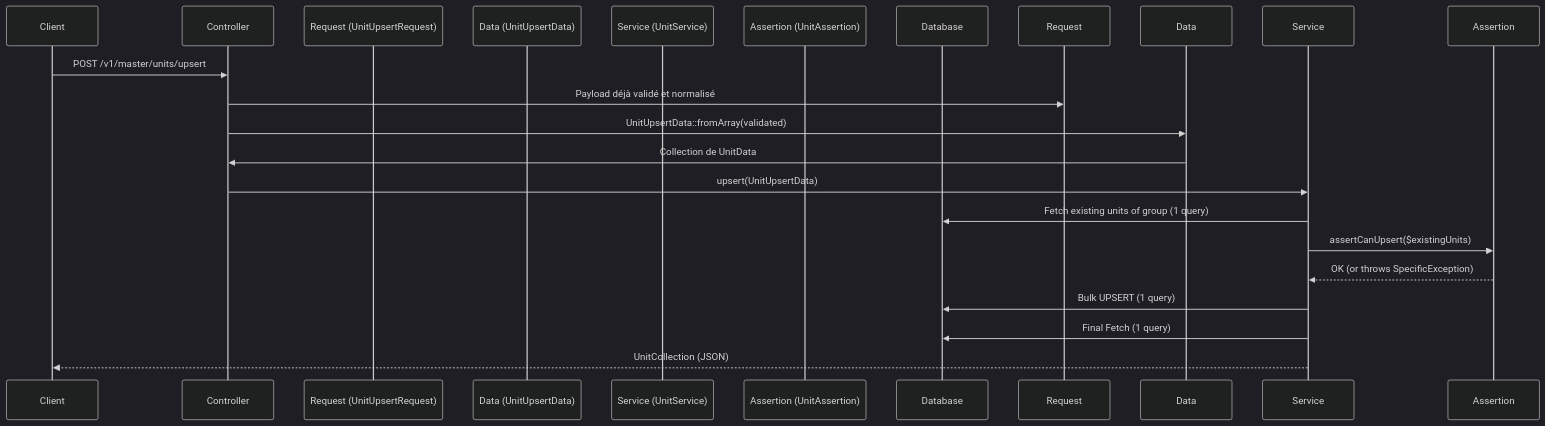
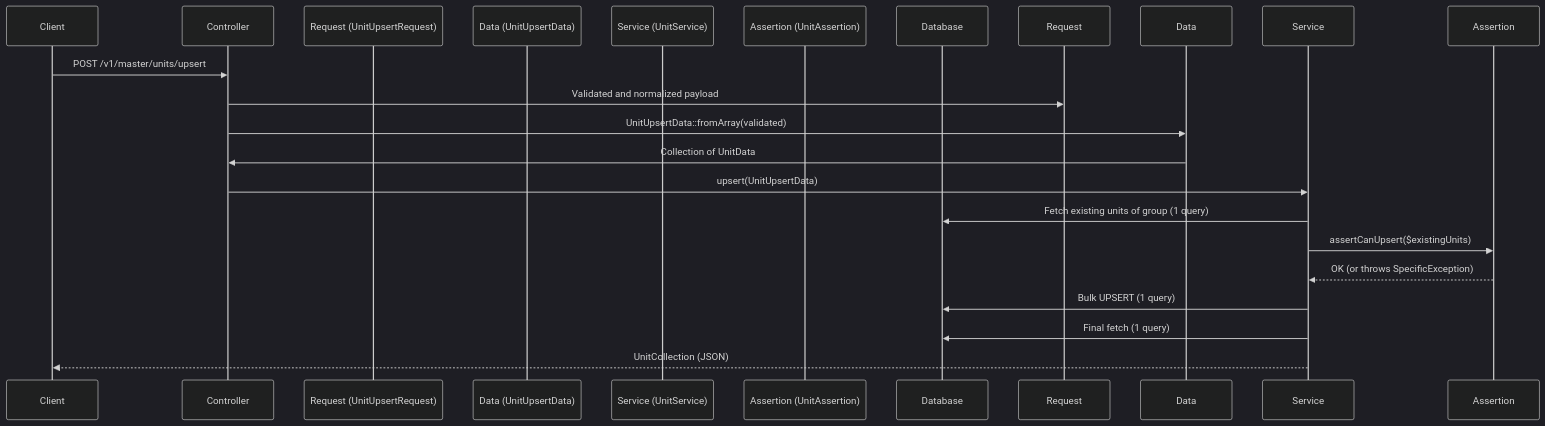
The diagram in docs/features/catalog-units.md (Tresor091005/my-api-boilerplate), drawn with Mermaid (dark theme) before and after one commit. The commit also changed other lines of this file and 75 other files, not shown here.

````diff
--- a/docs/features/catalog-units.md
+++ b/docs/features/catalog-units.md
@@ -9,22 +13,22 @@
 ```mermaid
 sequenceDiagram
     participant Client
     participant Controller
     participant Request (UnitUpsertRequest)
     participant Data (UnitUpsertData)
     participant Service (UnitService)
     participant Assertion (UnitAssertion)
     participant Database
 
     Client->>Controller: POST /v1/master/units/upsert
-    Controller->>Request: Payload déjà validé et normalisé
+    Controller->>Request: Validated and normalized payload
     Controller->>Data: UnitUpsertData::fromArray(validated)
-    Data->>Controller: Collection de UnitData
+    Data->>Controller: Collection of UnitData
     Controller->>Service: upsert(UnitUpsertData)
     Service->>Database: Fetch existing units of group (1 query)
     Service->>Assertion: assertCanUpsert($existingUnits)
     Assertion-->>Service: OK (or throws SpecificException)
     Service->>Database: Bulk UPSERT (1 query)
-    Service->>Database: Final Fetch (1 query)
+    Service->>Database: Final fetch (1 query)
     Service-->>Client: UnitCollection (JSON)
 ```
````
